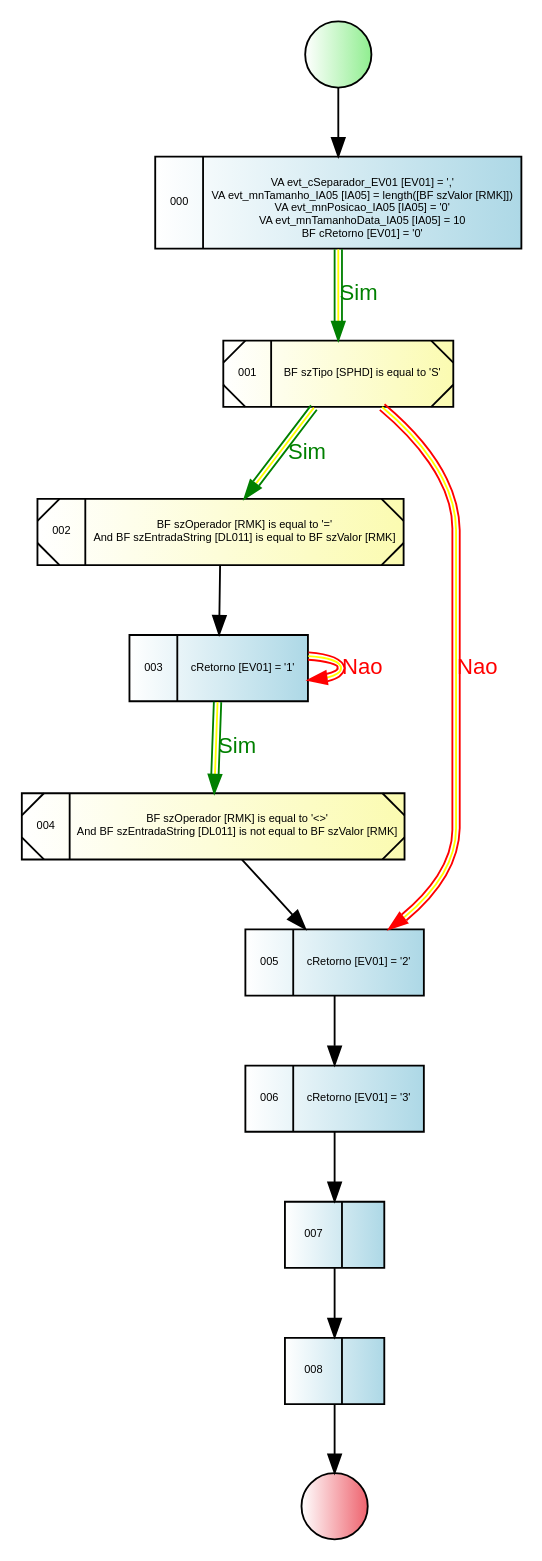
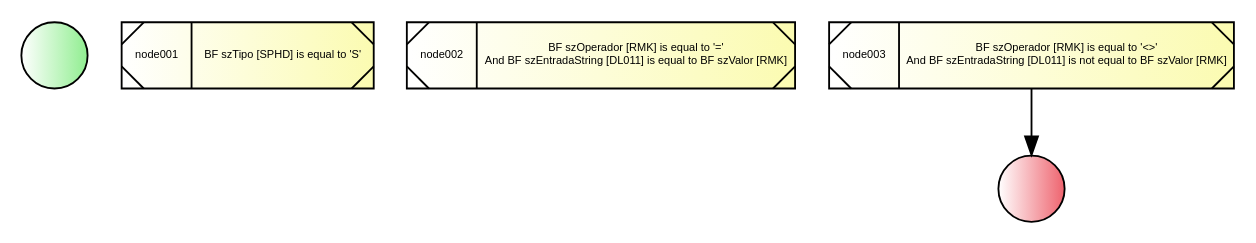
Before and after one commit to GiovaniPM/JDEDocCode: the diagram in gio.gv, drawn with Graphviz. The commit also changed 3 other files, not shown here.

```diff
--- a/gio.gv
+++ b/gio.gv
@@ -1,99 +1,40 @@
 digraph R {
     nodeini [
             shape=circle,
             style="filled",
             fillcolor="white:lightgreen",
             label=""
             ]
-    node000 [
-            fontname="Arial",
-            fontsize=6,
-            shape=record,
-            style="filled",
-            fillcolor="white:lightblue"
-            label="000|{\nVA evt_cSeparador_EV01 [EV01] = ','\nVA evt_mnTamanho_IA05 [IA05] = length([BF szValor [RMK]])\nVA evt_mnPosicao_IA05 [IA05] = '0'\nVA evt_mnTamanhoData_IA05 [IA05] = 10\nBF cRetorno [EV01] = '0'}"
-            ]
     node001 [
             fontname="Arial",
             fontsize=6,
             shape=record,
             style="diagonals,filled",
             fillcolor="white:#fbfbb1"
-            label="001|{BF szTipo [SPHD] is equal to 'S'}"
+            label="node001|{BF szTipo [SPHD] is equal to 'S'}"
             ]
     node002 [
             fontname="Arial",
             fontsize=6,
             shape=record,
             style="diagonals,filled",
             fillcolor="white:#fbfbb1"
-            label="002|{BF szOperador [RMK] is equal to '='\nAnd BF szEntradaString [DL011] is equal to BF szValor [RMK]}"
+            label="node002|{BF szOperador [RMK] is equal to '='\nAnd BF szEntradaString [DL011] is equal to BF szValor [RMK]}"
             ]
     node003 [
             fontname="Arial",
             fontsize=6,
             shape=record,
-            style="filled",
-            fillcolor="white:lightblue"
-            label="003|{cRetorno [EV01] = '1'}"
-            ]
-    node004 [
-            fontname="Arial",
-            fontsize=6,
-            shape=record,
             style="diagonals,filled",
             fillcolor="white:#fbfbb1"
-            label="004|{BF szOperador [RMK] is equal to '\<\>'\nAnd BF szEntradaString [DL011] is not equal to BF szValor [RMK]}"
-            ]
-    node005 [
-            fontname="Arial",
-            fontsize=6,
-            shape=record,
-            style="filled",
-            fillcolor="white:lightblue"
-            label="005|{cRetorno [EV01] = '2'}"
-            ]
-    node006 [
-            fontname="Arial",
-            fontsize=6,
-            shape=record,
-            style="filled",
-            fillcolor="white:lightblue"
-            label="006|{cRetorno [EV01] = '3'}"
-            ]
-    node007 [
-            fontname="Arial",
-            fontsize=6,
-            shape=record,
-            style="filled",
-            fillcolor="white:lightblue"
-            label="007|{}"
-            ]
-    node008 [
-            fontname="Arial",
-            fontsize=6,
-            shape=record,
-            style="filled",
-            fillcolor="white:lightblue"
-            label="008|{}"
+            label="node003|{BF szOperador [RMK] is equal to '\<\>'\nAnd BF szEntradaString [DL011] is not equal to BF szValor [RMK]}"
             ]
     nodefin [
             shape=circle,
             style="filled",
             fillcolor="white:#ee636e",
             label=""
             ]
 
-    nodeini -> node000
-    node000 -> node001 [fontname = "Arial", fontsize = 12, fontcolor="green", color="green:yellow:green", label="Sim"]
-    node001 -> node002 [fontname = "Arial", fontsize = 12, fontcolor="green", color="green:yellow:green", label="Sim"]
-    node002 -> node003
-    node003 -> node003 [fontname = "Arial", fontsize = 12, fontcolor="red", color="red:yellow:red", label="Nao"]
-    node003 -> node004 [fontname = "Arial", fontsize = 12, fontcolor="green", color="green:yellow:green", label="Sim"]
-    node004 -> node005
-    node001 -> node005 [fontname = "Arial", fontsize = 12, fontcolor="red", color="red:yellow:red", label="Nao"]
-    node005 -> node006
-    node006 -> node007
-    node007 -> node008
-    node008 -> nodefin
+    node003 -> nodefin
 }
```
